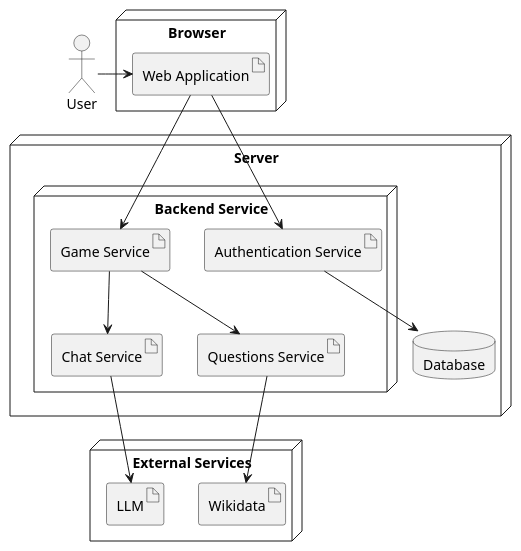
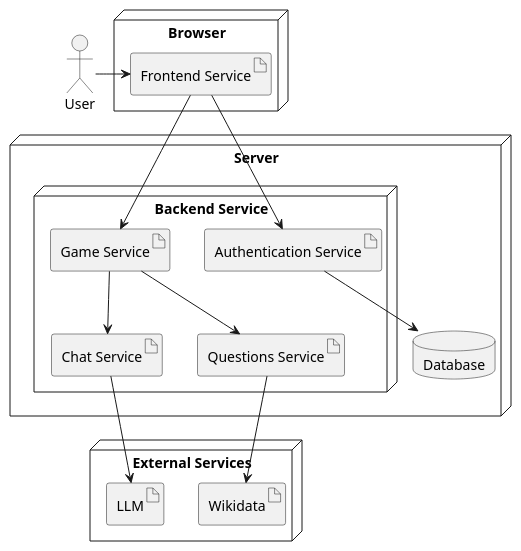
Before and after one commit to Arquisoft/wichat_es3b: the third of 3 diagrams in docs/src/05_building_block_view.adoc, drawn with PlantUML. The commit also changed other lines of this file, not shown here.

```diff
--- a/docs/src/05_building_block_view.adoc
+++ b/docs/src/05_building_block_view.adoc
@@ -242,49 +191,41 @@
 [plantuml]
 ----
 @startuml
-' 1) Force layout from top to bottom
 top to bottom direction
 
 skinparam nodeStyle rectangle
 skinparam artifactStyle rectangle
 skinparam databaseStyle cylinder
 
 actor "User" as user
 
-' 2) Browser node at the top, containing the Web Application artifact
 node "Browser" as browser {
-  artifact "Web Application" as Web
+  artifact "Frontend Service" as Web
 }
 
-' 3) Server node in the middle, containing the Backend Service and Database
 node "Server" as server {
   node "Backend Service" as backend {
     artifact "Authentication Service" as Auth
     artifact "Game Service" as Game
     artifact "Chat Service" as ChatSvc
     artifact "Questions Service" as QnA
   }
   database "Database" as DB
 }
 
-' 4) External Services node at the bottom
 node "External Services" as ext {
   artifact "LLM" as LLM
   artifact "Wikidata" as Wikidata
 }
 
-' 5) Create relationships; use arrow directions to hint at top->bottom flow
 user -right-> Web
 Web --> Auth
 Web --> Game
 Auth --> DB
 Game --> ChatSvc
 Game --> QnA
 ChatSvc --> LLM
 QnA --> Wikidata
 
-' 6) (Optional) Add a hidden link to force vertical ordering
-'    This is sometimes useful if PlantUML tries to shuffle the diagram.
-
 @enduml
 ----
```
